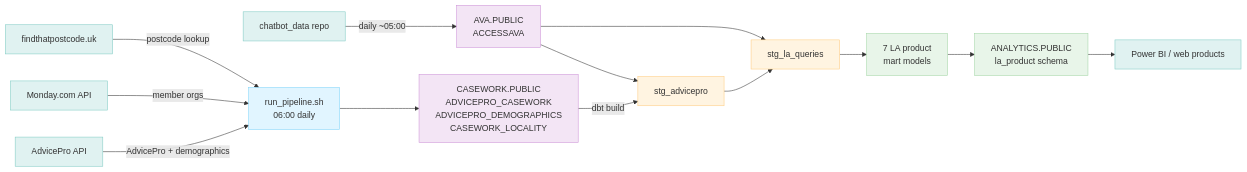
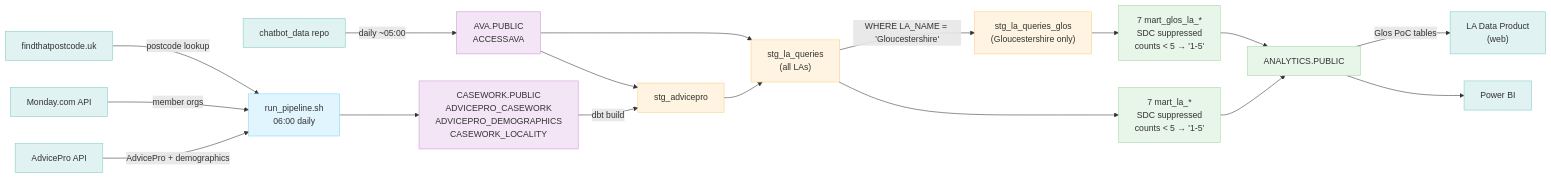
Before and after one commit to access-social-care/dbt-asc: the diagram in README.md, drawn with Mermaid.

Commit message:
docs: update arch diagram - add Glos branch, SDC suppression, LA data product consumer

````diff
--- a/README.md
+++ b/README.md
@@ -13,40 +13,48 @@
 ```mermaid
 graph LR
     AP["AdvicePro API"]:::external
     MON["Monday.com API"]:::external
     FTPC["findthatpostcode.uk"]:::external
     CBD["chatbot_data repo"]:::external
 
     RPN["run_pipeline.sh<br>06:00 daily"]:::process
 
     AVA["AVA.PUBLIC<br>ACCESSAVA"]:::source
     CW["CASEWORK.PUBLIC<br>ADVICEPRO_CASEWORK<br>ADVICEPRO_DEMOGRAPHICS<br>CASEWORK_LOCALITY"]:::source
 
     STG1["stg_advicepro"]:::product
-    STG2["stg_la_queries"]:::product
-    MART["7 LA product<br>mart models"]:::final
-    ANA["ANALYTICS.PUBLIC<br>la_product schema"]:::final
+    STG2["stg_la_queries<br>(all LAs)"]:::product
+    GLOS["stg_la_queries_glos<br>(Gloucestershire only)"]:::product
 
-    WEB["Power BI / web products"]:::external
+    MART["7 mart_la_*<br>SDC suppressed<br>counts &lt; 5 → '1-5'"]:::final
+    MARTG["7 mart_glos_la_*<br>SDC suppressed<br>counts &lt; 5 → '1-5'"]:::final
+    ANA["ANALYTICS.PUBLIC"]:::final
+
+    PBI["Power BI"]:::external
+    LAP["LA Data Product<br>(web)"]:::external
 
     AP -->|"AdvicePro + demographics"| RPN
     MON -->|"member orgs"| RPN
     FTPC -->|"postcode lookup"| RPN
     CBD -->|"daily ~05:00"| AVA
 
     RPN --> CW
 
     AVA --> STG1
     CW -->|"dbt build"| STG1
     STG1 --> STG2
     AVA --> STG2
     STG2 --> MART
+    STG2 -->|"WHERE LA_NAME = 'Gloucestershire'"| GLOS
+    GLOS --> MARTG
     MART --> ANA
-    ANA --> WEB
+    MARTG --> ANA
+    ANA --> PBI
+    ANA -->|"Glos PoC tables"| LAP
 
     classDef external fill:#e0f2f1,stroke:#80cbc4
     classDef process fill:#e1f5ff,stroke:#81d4fa
     classDef source fill:#f3e5f5,stroke:#ce93d8
     classDef product fill:#fff4e1,stroke:#ffcc80
     classDef final fill:#e8f5e9,stroke:#a5d6a7
 ```
````
